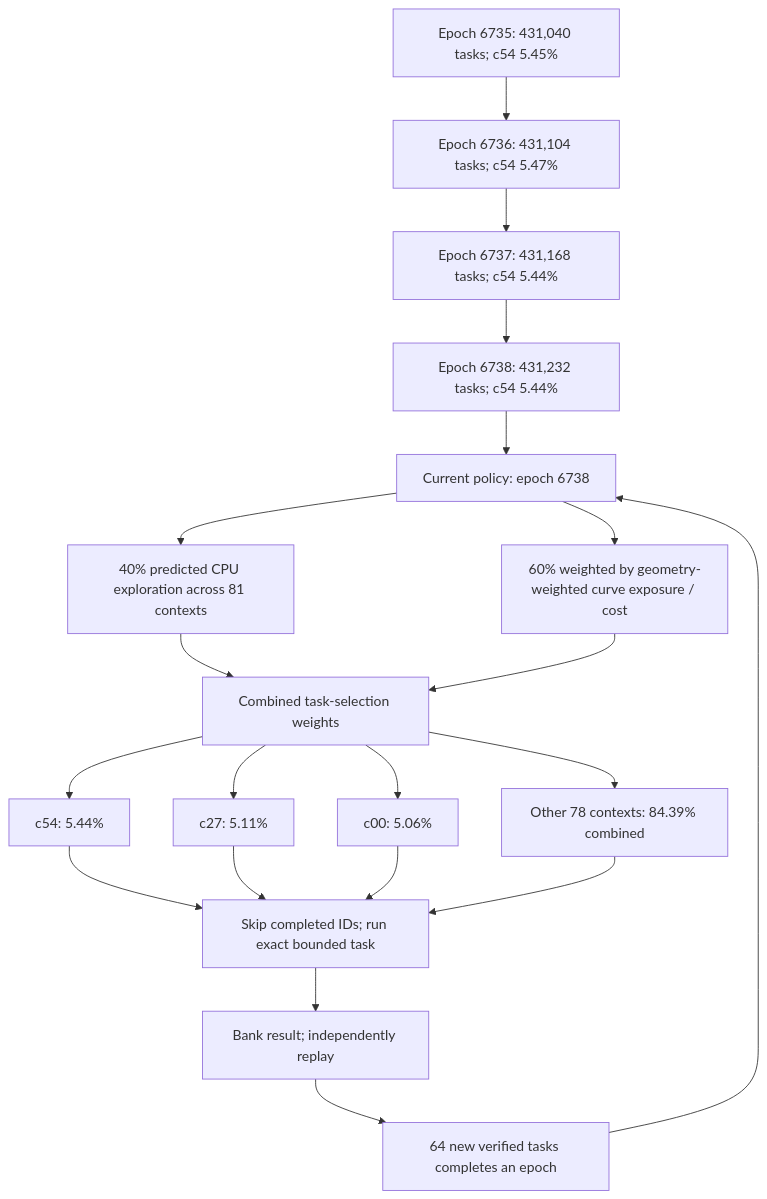
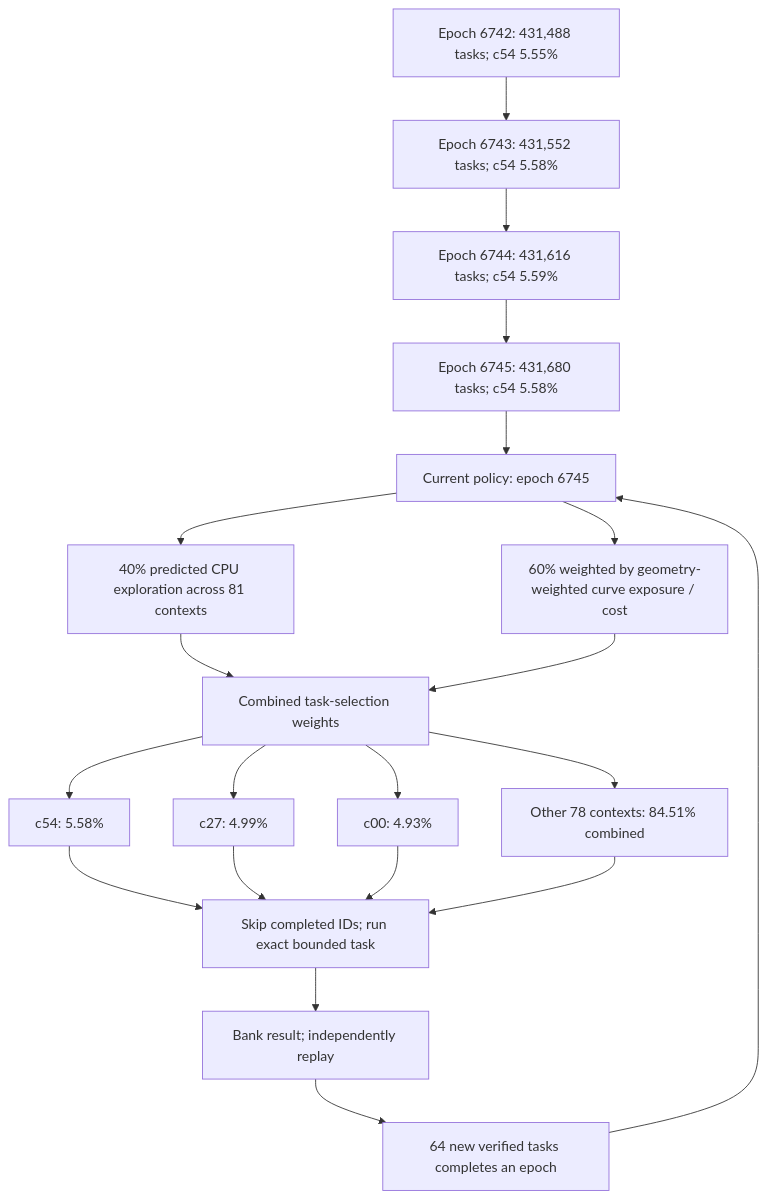
Before and after one commit to Kuberwastaken/math-gambling: the first of 4 diagrams in README.md, drawn with Mermaid. The commit also changed other lines of this file and 1552 other files, not shown here.

````diff
--- a/README.md
+++ b/README.md
@@ -60,27 +60,27 @@
 ```mermaid
 flowchart TD
-    H0["Epoch 6735: 431,040 tasks; c54 5.45%"]
-    H1["Epoch 6736: 431,104 tasks; c54 5.47%"]
+    H0["Epoch 6742: 431,488 tasks; c54 5.55%"]
+    H1["Epoch 6743: 431,552 tasks; c54 5.58%"]
     H0 --> H1
-    H2["Epoch 6737: 431,168 tasks; c54 5.44%"]
+    H2["Epoch 6744: 431,616 tasks; c54 5.59%"]
     H1 --> H2
-    H3["Epoch 6738: 431,232 tasks; c54 5.44%"]
+    H3["Epoch 6745: 431,680 tasks; c54 5.58%"]
     H2 --> H3
-    Policy["Current policy: epoch 6738"]
+    Policy["Current policy: epoch 6745"]
     H3 --> Policy
     Policy --> Explore["40% predicted CPU exploration across 81 contexts"]
     Policy --> Cost["60% weighted by geometry-weighted curve exposure / cost"]
     Explore --> Mix["Combined task-selection weights"]
     Cost --> Mix
-    Mix --> C0["c54: 5.44%"]
-    Mix --> C1["c27: 5.11%"]
-    Mix --> C2["c00: 5.06%"]
-    Mix --> Rest["Other 78 contexts: 84.39% combined"]
+    Mix --> C0["c54: 5.58%"]
+    Mix --> C1["c27: 4.99%"]
+    Mix --> C2["c00: 4.93%"]
+    Mix --> Rest["Other 78 contexts: 84.51% combined"]
     C0 --> Check["Skip completed IDs; run exact bounded task"]
     C1 --> Check
     C2 --> Check
     Rest --> Check
     Check --> Replay["Bank result; independently replay"]
     Replay --> Gate["64 new verified tasks completes an epoch"]
     Gate --> Policy
 ```
````
